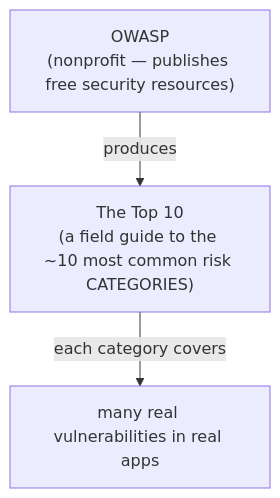
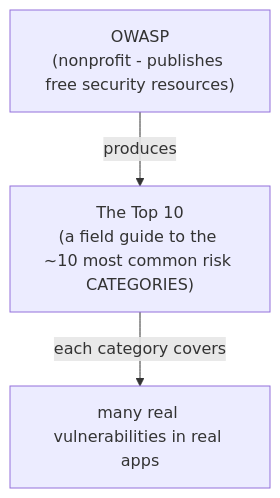
One commit to Topurrra/themissingmanual changed the diagram in guides/security/owasp-top-10/01-what-owasp-is.md. Above: the diagram before and after it, drawn with Mermaid. The commit also changed other lines of this file and 1072 other files, not shown here.

````diff
--- a/guides/security/owasp-top-10/01-what-owasp-is.md
+++ b/guides/security/owasp-top-10/01-what-owasp-is.md
@@ -41,8 +41,8 @@
 ```mermaid
 flowchart TD
-  owasp["OWASP<br/>(nonprofit — publishes free security resources)"]
+  owasp["OWASP<br/>(nonprofit - publishes free security resources)"]
   top10["The Top 10<br/>(a field guide to the ~10 most common risk CATEGORIES)"]
   vulns["many real vulnerabilities in real apps"]
   owasp -- produces --> top10
   top10 -- "each category covers" --> vulns
 ```
````
